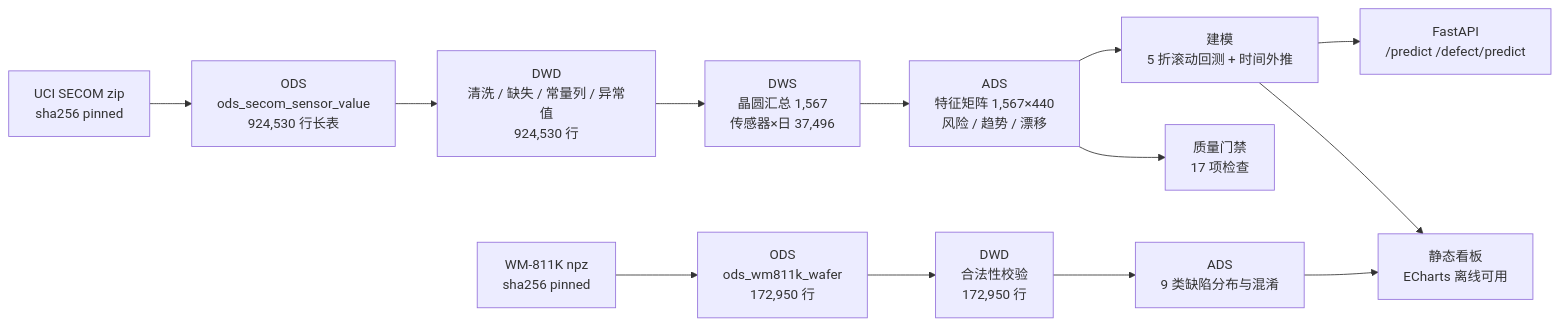
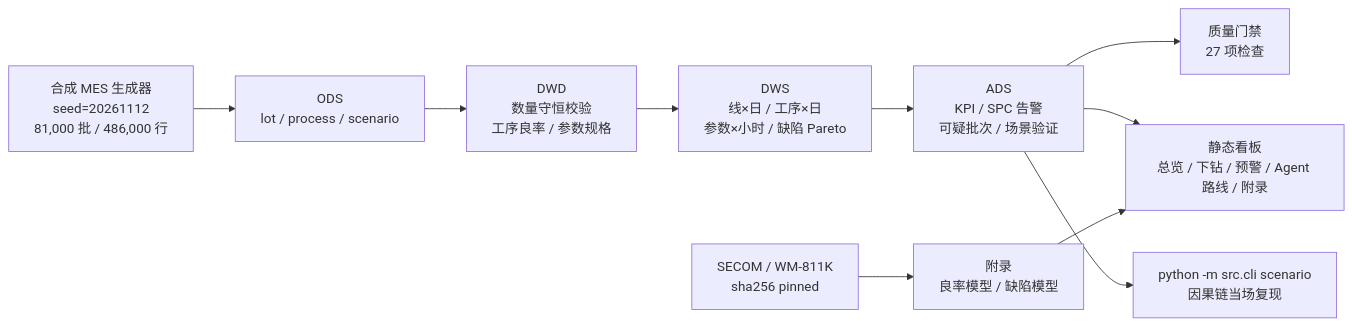
One commit to Jamorlant/wafer-yield-intelligence changed the diagram in README.md. Above: the diagram before and after it, drawn with Mermaid. The commit also changed other lines of this file and 30 other files, not shown here.

First line of the commit message:
feat: switch main demo to synthetic MES BI with SPC causal chain

````diff
--- a/README.md
+++ b/README.md
@@ -36,15 +47,12 @@
 ```mermaid
 flowchart LR
-    A[UCI SECOM zip<br/>sha256 pinned] --> B[ODS<br/>ods_secom_sensor_value<br/>924,530 行长表]
-    C[WM-811K npz<br/>sha256 pinned] --> B2[ODS<br/>ods_wm811k_wafer<br/>172,950 行]
-    B --> D[DWD<br/>清洗 / 缺失 / 常量列 / 异常值<br/>924,530 行]
-    B2 --> D2[DWD<br/>合法性校验<br/>172,950 行]
-    D --> E[DWS<br/>晶圆汇总 1,567<br/>传感器×日 37,496]
-    E --> F[ADS<br/>特征矩阵 1,567×440<br/>风险 / 趋势 / 漂移]
-    D2 --> F2[ADS<br/>9 类缺陷分布与混淆]
-    F --> G[质量门禁<br/>17 项检查]
-    F --> H[建模<br/>5 折滚动回测 + 时间外推]
-    H --> I[FastAPI<br/>/predict /defect/predict]
-    H --> J[静态看板<br/>ECharts 离线可用]
-    F2 --> J
+    S[合成 MES 生成器<br/>seed=20261112<br/>81,000 批 / 486,000 行] --> O1[ODS<br/>lot / process / scenario]
+    O1 --> D1[DWD<br/>数量守恒校验<br/>工序良率 / 参数规格]
+    D1 --> W1[DWS<br/>线×日 / 工序×日<br/>参数×小时 / 缺陷 Pareto]
+    W1 --> A1[ADS<br/>KPI / SPC 告警<br/>可疑批次 / 场景验证]
+    A1 --> Q[质量门禁<br/>27 项检查]
+    A1 --> BI[静态看板<br/>总览 / 下钻 / 预警 / Agent 路线 / 附录]
+    A1 --> V[python -m src.cli scenario<br/>因果链当场复现]
+    P[SECOM / WM-811K<br/>sha256 pinned] --> P2[附录<br/>良率模型 / 缺陷模型]
+    P2 --> BI
 ```
````
